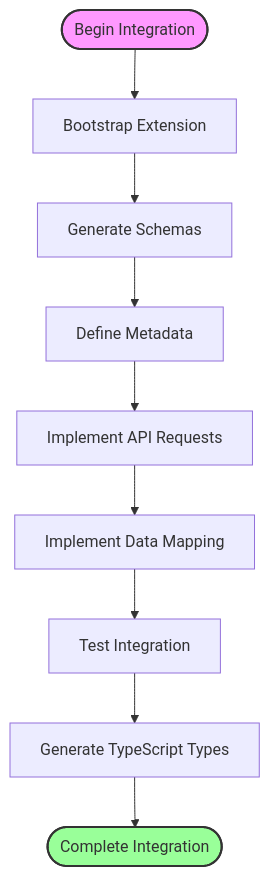
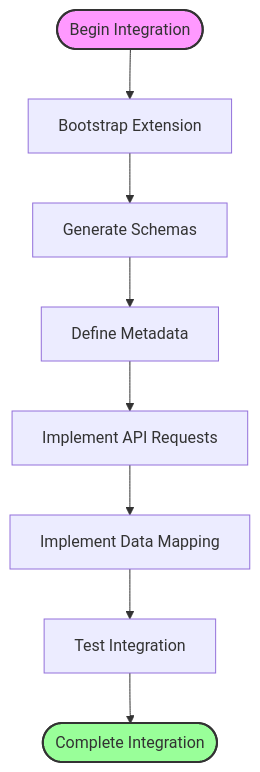
One commit to karrioapi/karrio changed the first of 2 diagrams in apps/web/src/app/docs/developing/carrier-integration/page.mdx. Above: the diagram before and after it, drawn with Mermaid. The commit also changed other lines of this file and 6 other files, not shown here.

````diff
--- a/apps/web/src/app/docs/developing/carrier-integration/page.mdx
+++ b/apps/web/src/app/docs/developing/carrier-integration/page.mdx
@@ -24,14 +24,13 @@
 ```mermaid
 flowchart TD
     Start([Begin Integration]) --> Bootstrap[Bootstrap Extension]
     Bootstrap --> Schemas[Generate Schemas]
     Schemas --> Metadata[Define Metadata]
     Metadata --> API[Implement API Requests]
     API --> Mapping[Implement Data Mapping]
     Mapping --> Testing[Test Integration]
-    Testing --> TypeScript[Generate TypeScript Types]
-    TypeScript --> End([Complete Integration])
+    Testing --> End([Complete Integration])
 
     style Start fill:#f9f,stroke:#333,stroke-width:2px
     style End fill:#9f9,stroke:#333,stroke-width:2px
 ```
````
